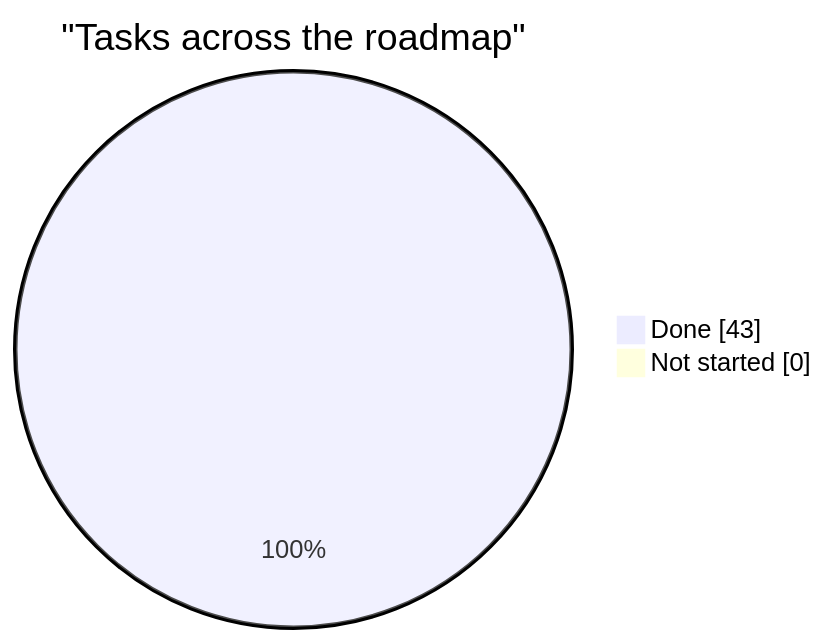
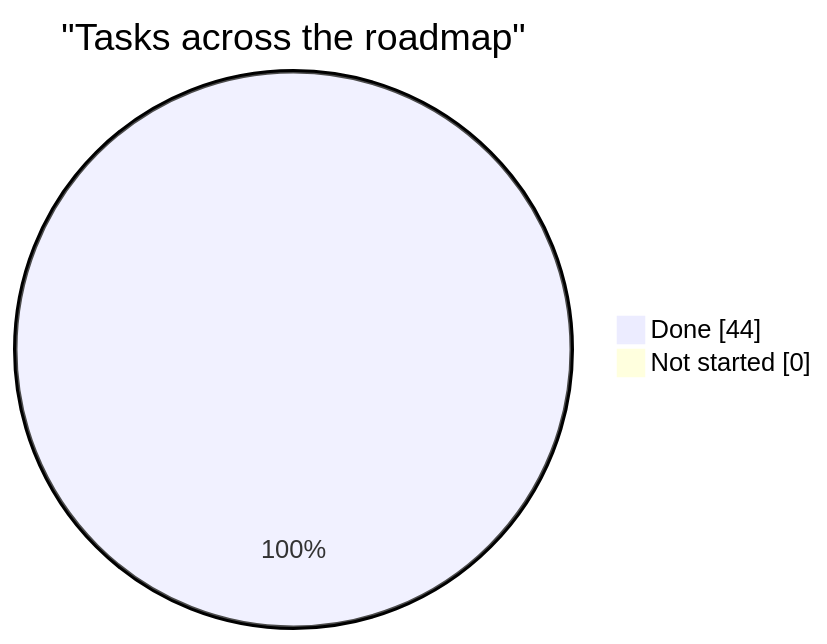
Before and after one commit to AdamClemens/PyFlow: the diagram in docs/planning/status.md, drawn with Mermaid. The commit also changed other lines of this file and 10 other files, not shown here.

````diff
--- a/docs/planning/status.md
+++ b/docs/planning/status.md
@@ -21,6 +21,6 @@
 ```mermaid
 pie showData
     title "Tasks across the roadmap"
-    "Done" : 43
+    "Done" : 44
     "Not started" : 0
 ```
````
